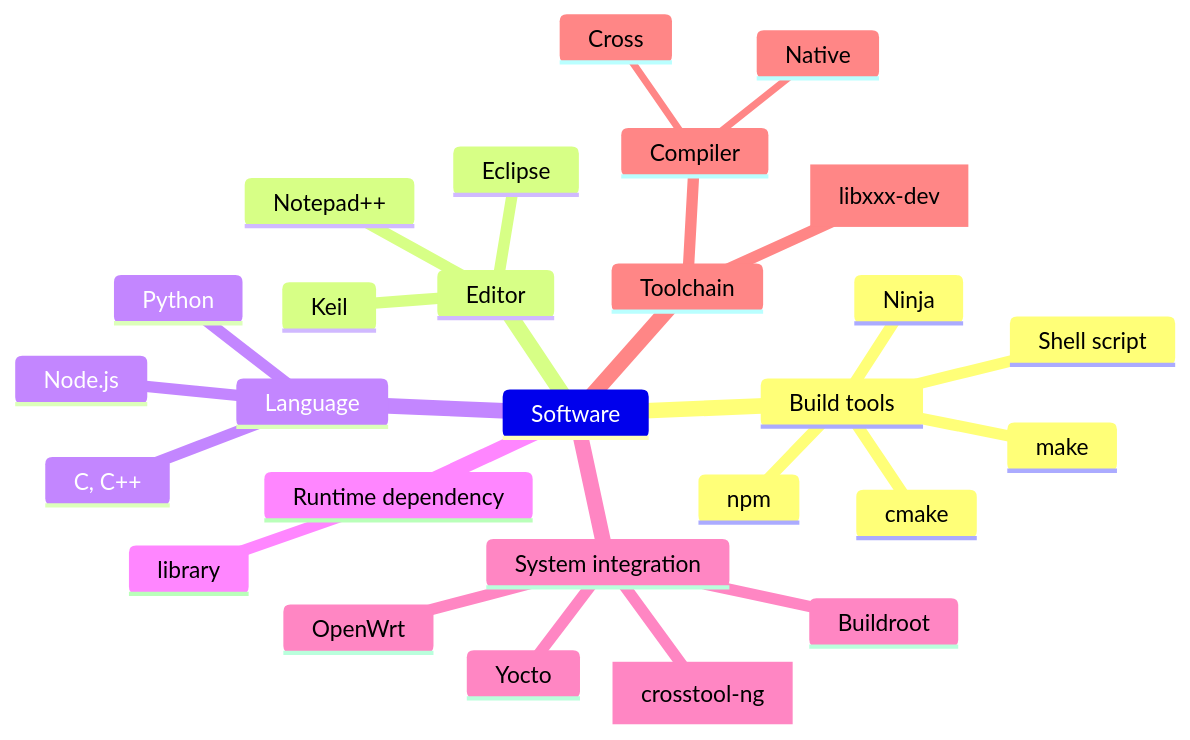
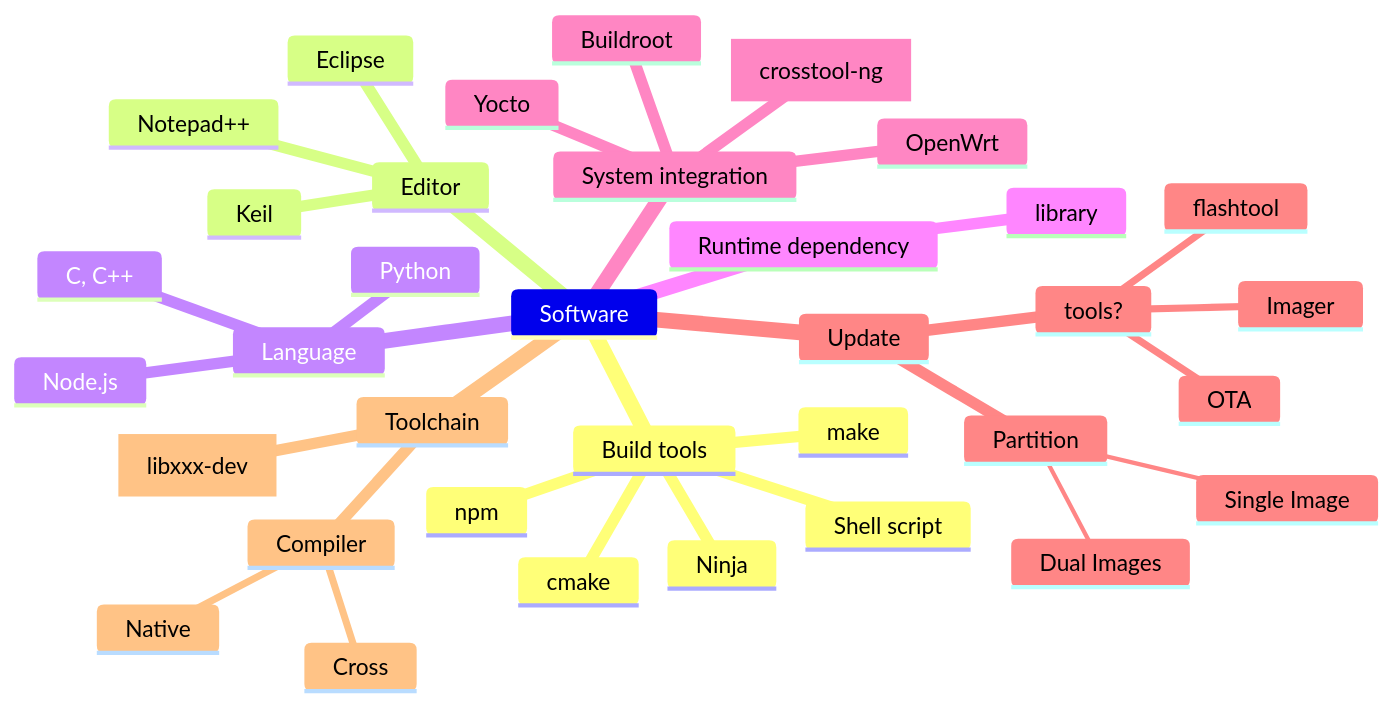
The third of 5 diagrams in helper_SDKAndCodebase.md (lankahsu520/HelperX), drawn with Mermaid before and after one commit. The commit also changed other lines of this file and 1 other file, not shown here.

Commit message:
update helper_SDKAndCodebase.md and helper_Yocto.md

````diff
--- a/helper_SDKAndCodebase.md
+++ b/helper_SDKAndCodebase.md
@@ -86,30 +86,38 @@
 ```mermaid
 mindmap
 	Software
 		Build tools
 			make
 			cmake
 			Shell script
 			Ninja
 			npm
 		Editor
 			Notepad++
 			Keil
 			Eclipse
 		Language
 			C, C++
 			Node.js
 			Python
 		Runtime dependency
 			library
 		System integration
 			Buildroot
 			OpenWrt
 			Yocto
 			crosstool[crosstool-ng]
+		Update
+      Partition
+        Dual Images
+        Single Image
+			tools?
+				flashtool
+				Imager
+				OTA
 		Toolchain
 			Compiler
 				Cross
 				Native
 			[libxxx-dev]
 ```
````
